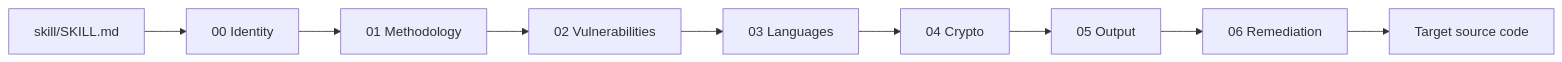
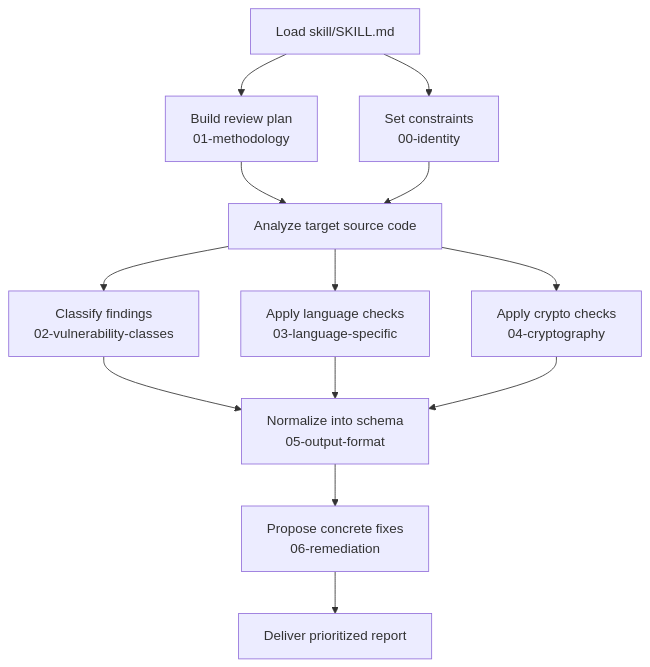
Before and after one commit to joshuaporth/appsec-skill: the diagram in README.md, drawn with Mermaid. The commit also changed other lines of this file, not shown here.

Commit message:
Improved How it Works diagram

````diff
--- a/README.md
+++ b/README.md
@@ -64,11 +60,19 @@
 ```mermaid
-flowchart LR
-  A[skill/SKILL.md] --> B[00 Identity]
-  B --> C[01 Methodology]
-  C --> D[02 Vulnerabilities]
-  D --> E[03 Languages]
-  E --> F[04 Crypto]
-  F --> G[05 Output]
-  G --> H[06 Remediation]
-  H --> I[Target source code]
+flowchart TD
+  A[Load skill/SKILL.md] --> B[Build review plan<br/>01-methodology]
+  A --> C[Set constraints<br/>00-identity]
+
+  B --> D[Analyze target source code]
+  C --> D
+
+  D --> E[Classify findings<br/>02-vulnerability-classes]
+  D --> F[Apply language checks<br/>03-language-specific]
+  D --> G[Apply crypto checks<br/>04-cryptography]
+
+  E --> H[Normalize into schema<br/>05-output-format]
+  F --> H
+  G --> H
+
+  H --> I[Propose concrete fixes<br/>06-remediation]
+  I --> J[Deliver prioritized report]
 ```
````
